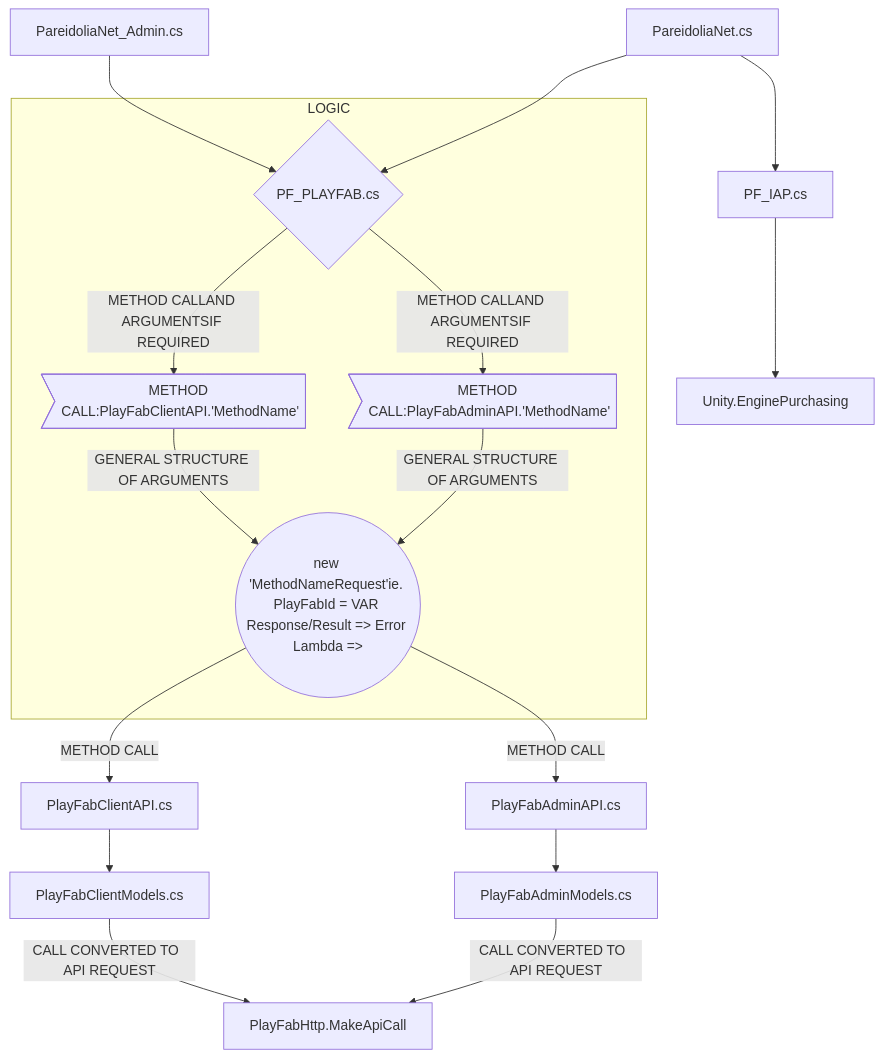
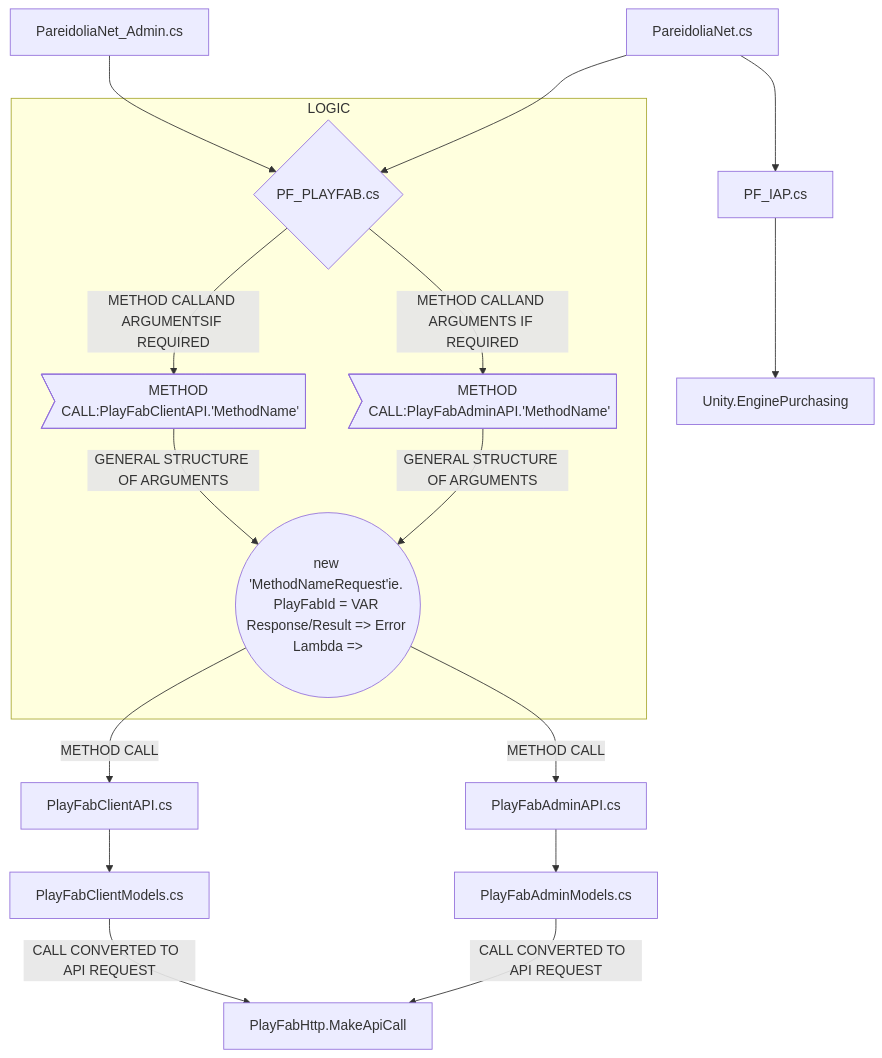
One commit to dconlrn/dconlrn.github.io changed the second of 2 diagrams in merm.md. Above: the diagram before and after it, drawn with Mermaid.

Commit message:
django dep update

```diff
--- a/merm.md
+++ b/merm.md
@@ -22,22 +22,22 @@
 <div class="mermaid"> 
 
 
-flowchart TD
+flowchart TD;
     A[PareidoliaNet.cs] --> B{PF_PLAYFAB.cs};
     A --> C[PF_IAP.cs];
     D[PareidoliaNet_Admin.cs] --> B;
     subgraph O[LOGIC];
-    B --> |METHOD CALLAND ARGUMENTSIF REQUIRED| J>METHOD CALL:PlayFabAdminAPI.'MethodName'];
+    B --> |METHOD CALLAND ARGUMENTS IF REQUIRED| J>METHOD CALL:PlayFabAdminAPI.'MethodName'];
     J -->|GENERAL STRUCTURE OF ARGUMENTS| L((new 'MethodNameRequest'ie. PlayFabId = VAR Response/Result => Error Lambda =>));
     B --> |METHOD CALLAND ARGUMENTSIF REQUIRED| K>METHOD CALL:PlayFabClientAPI.'MethodName'];
     K --> |GENERAL STRUCTURE OF ARGUMENTS| L;
     end;
     L --> |METHOD CALL| E[PlayFabAdminAPI.cs];
     L --> |METHOD CALL| F[PlayFabClientAPI.cs];
     E[PlayFabAdminAPI.cs] -->  G[PlayFabAdminModels.cs];
     F[PlayFabClientAPI.cs] --> H[PlayFabClientModels.cs];
     G --> |CALL CONVERTED TO  API REQUEST| g[PlayFabHttp.MakeApiCall];
     H --> |CALL CONVERTED TO  API REQUEST| g;
     C[PF_IAP.cs] --> I[Unity.EnginePurchasing];
 
 </div> 
```
